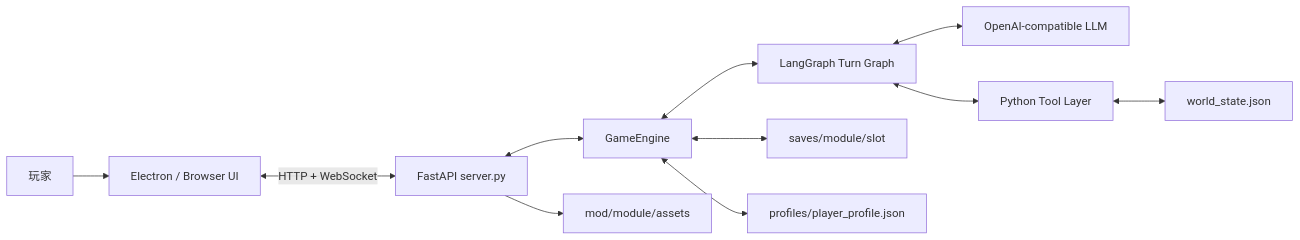
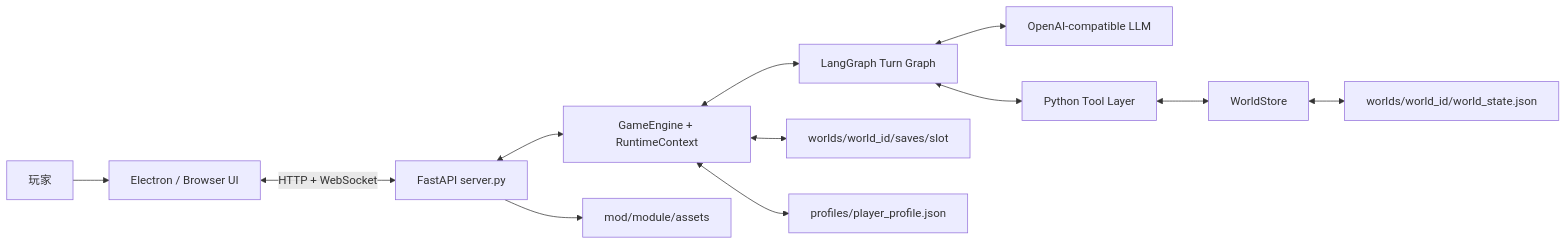
Before and after one commit to Inaglyite/TRPG-Master: the first of 3 diagrams in docs/ARCHITECTURE.md, drawn with Mermaid. The commit also changed other lines of this file and 35 other files, not shown here.

````diff
--- a/docs/ARCHITECTURE.md
+++ b/docs/ARCHITECTURE.md
@@ -19,13 +20,14 @@
 ```mermaid
 flowchart LR
     Player[玩家] --> UI[Electron / Browser UI]
     UI <--> |HTTP + WebSocket| Server[FastAPI server.py]
-    Server <--> Engine[GameEngine]
+    Server <--> Engine[GameEngine + RuntimeContext]
     Engine <--> Graph[LangGraph Turn Graph]
     Graph <--> LLM[OpenAI-compatible LLM]
     Graph <--> Tools[Python Tool Layer]
-    Tools <--> State[world_state.json]
-    Engine <--> Saves[saves/module/slot]
+    Tools <--> Store[WorldStore]
+    Store <--> State[worlds/world_id/world_state.json]
+    Engine <--> Saves[worlds/world_id/saves/slot]
     Engine <--> Profile[profiles/player_profile.json]
     Server --> Assets[mod/module/assets]
 ```
````
